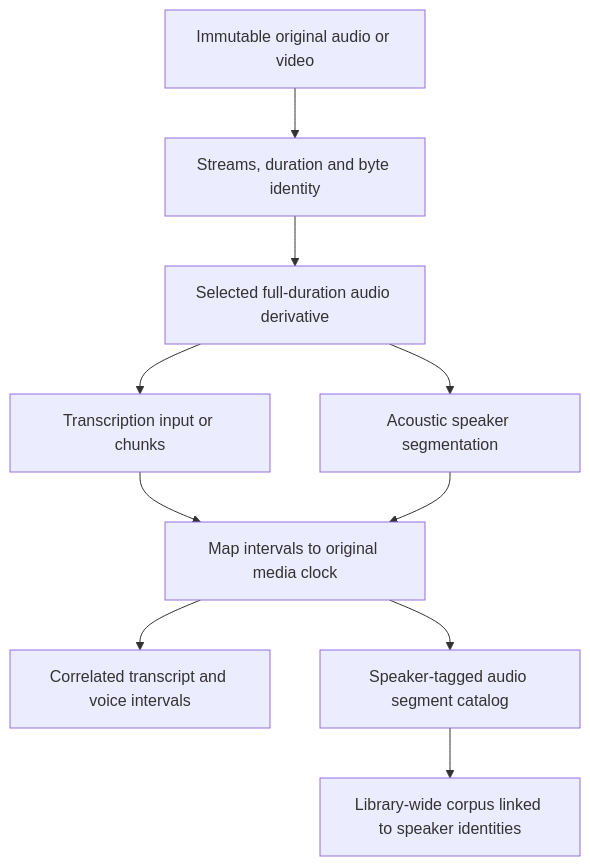
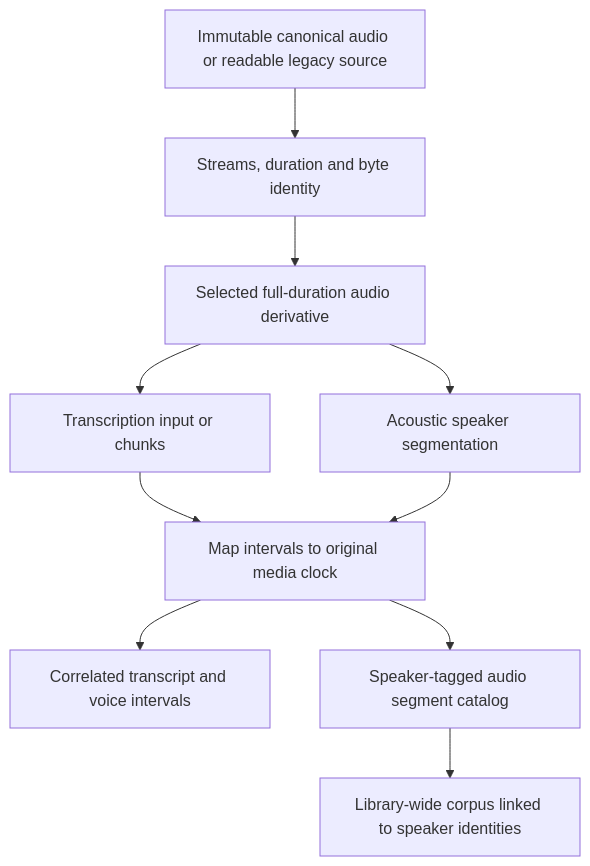
Before and after one commit to shruggietech/insonic: the diagram in docs/v0.0.0/media.md, drawn with Mermaid. The commit also changed other lines of this file and 94 other files, not shown here.

````diff
--- a/docs/v0.0.0/media.md
+++ b/docs/v0.0.0/media.md
@@ -15,12 +19,12 @@
 ```mermaid
 flowchart TB
-  Original[Immutable original audio or video] --> Probe[Streams, duration and byte identity]
+  Original[Immutable canonical audio or readable legacy source] --> Probe[Streams, duration and byte identity]
   Probe --> Audio[Selected full-duration audio derivative]
   Audio --> ASR[Transcription input or chunks]
   Audio --> Diarization[Acoustic speaker segmentation]
   ASR --> Mapping[Map intervals to original media clock]
   Diarization --> Mapping
   Mapping --> Transcript[Correlated transcript and voice intervals]
   Mapping --> Segments[Speaker-tagged audio segment catalog]
   Segments --> Corpus[Library-wide corpus linked to speaker identities]
 ```
````
